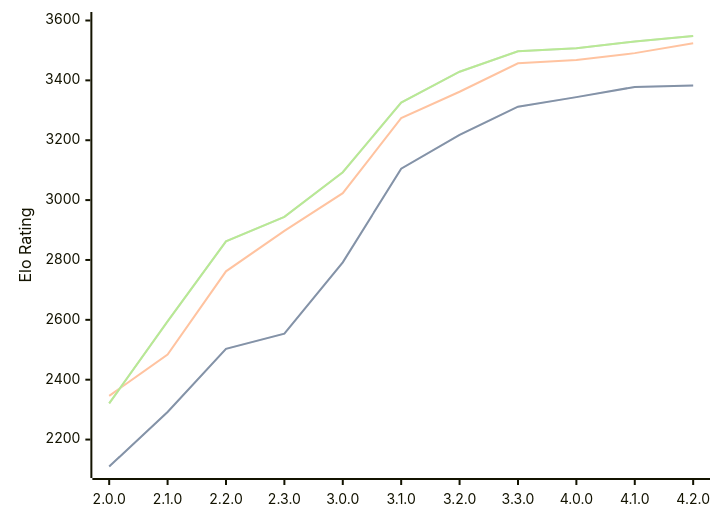
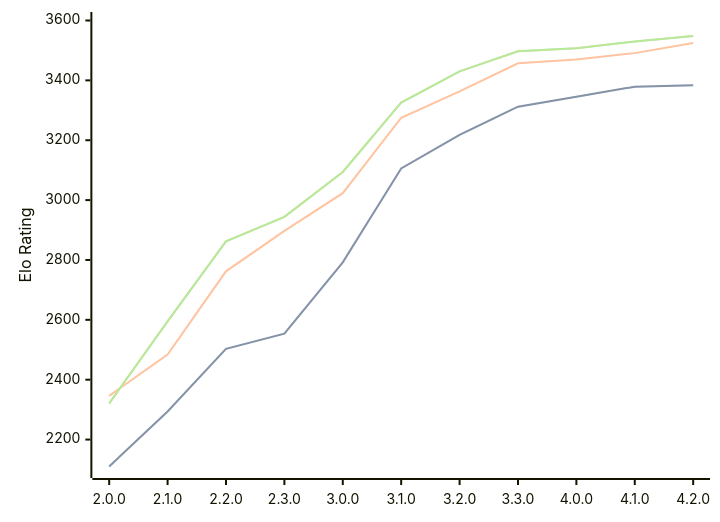
One commit to computer-chess-index/cci changed the diagram in engines/Raphael.md. Above: the diagram before and after it, drawn with Mermaid. The commit also changed other lines of this file, not shown here.

Commit message:
Update CCI Ratings (ELO VLTC) - 2026-08-05

````diff
--- a/engines/Raphael.md
+++ b/engines/Raphael.md
@@ -53,11 +53,11 @@
 ```mermaid
 %%{init: {"theme":"base","themeVariables":{"seriesColors:['#a3a3a3','#222221','#faa371']}}}%%
 xychart-beta
   x-axis ["2.0.0", "2.1.0", "2.2.0", "2.3.0", "3.0.0", "3.1.0", "3.2.0", "3.3.0", "4.0.0", "4.1.0", "4.2.0"]
   y-axis "Elo Rating" 2100 --> 3600
-  line "STC (8.0+0.08s)" [2110, 2292, 2503, 2554, 2792, 3105, 3218, 3312, 3344, 3378, 3383]
-  line "STC (8.0+0.08s)" [2110, 2292, 2503, 2554, 2792, 3105, 3218, 3312, 3344, 3378, 3383]
-  line "LTC (60.0+0.60s)" [2346, 2484, 2762, 2897, 3023, 3274, 3362, 3457, 3468, 3491, 3524]
-  line "VLTC (2m24s+1.12s)" [2321, 2595, 2862, 2944, 3093, 3326, 3429, 3497, 3507, 3530, 3548]
-  line "VLTC (2m24s+1.12s)" [2321, 2595, 2862, 2944, 3093, 3326, 3429, 3497, 3507, 3530, 3548]
+  line "STC (8.0+0.08s)" [2110, 2294, 2503, 2554, 2792, 3106, 3218, 3312, 3345, 3379, 3384]
+  line "STC (8.0+0.08s)" [2110, 2294, 2503, 2554, 2792, 3106, 3218, 3312, 3345, 3379, 3384]
+  line "LTC (60.0+0.60s)" [2346, 2484, 2762, 2897, 3023, 3275, 3363, 3457, 3470, 3491, 3525]
+  line "VLTC (2m24s+1.12s)" [2321, 2595, 2862, 2944, 3094, 3326, 3430, 3497, 3507, 3530, 3548]
+  line "VLTC (2m24s+1.12s)" [2321, 2595, 2862, 2944, 3094, 3326, 3430, 3497, 3507, 3530, 3548]
 ```
````
